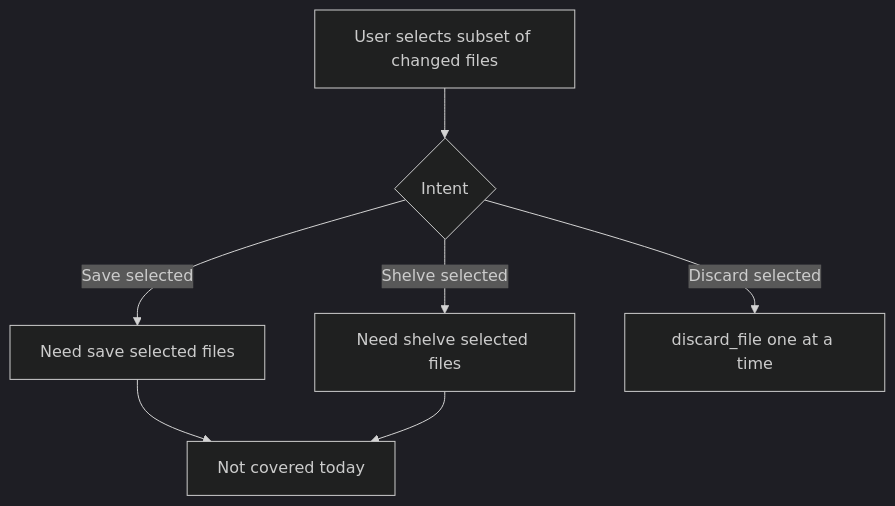
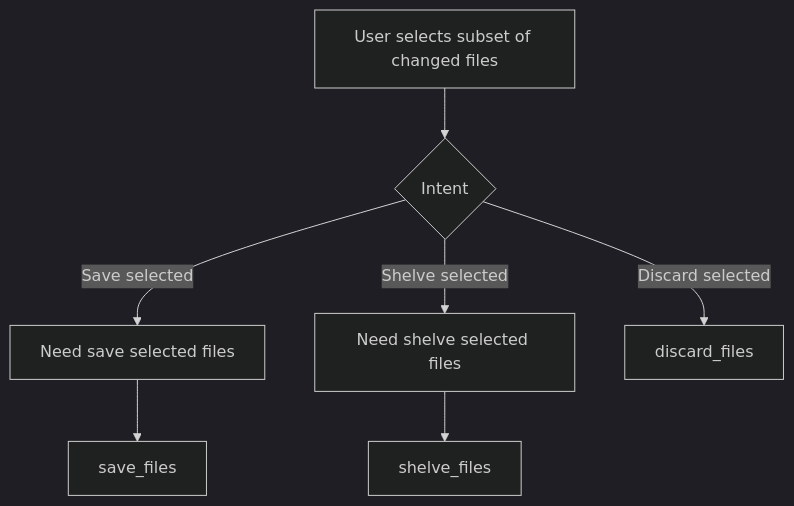
The third of 10 diagrams in docs/scenario-flows/authoring.md (sethjuarez/draftline), drawn with Mermaid (dark theme) before and after one commit. The commit also changed other lines of this file and 10 other files, not shown here.

First line of the commit message:
Harden Draftline roadmap gaps

````diff
--- a/docs/scenario-flows/authoring.md
+++ b/docs/scenario-flows/authoring.md
@@ -60,9 +60,9 @@
 ```mermaid
 flowchart TD
     A[User selects subset of changed files] --> B{Intent}
     B -- Save selected --> C[Need save selected files]
     B -- Shelve selected --> D[Need shelve selected files]
-    B -- Discard selected --> E[discard_file one at a time]
-    C --> F[Not covered today]
-    D --> F
+    B -- Discard selected --> E[discard_files]
+    C --> G[save_files]
+    D --> H[shelve_files]
 ```
````
